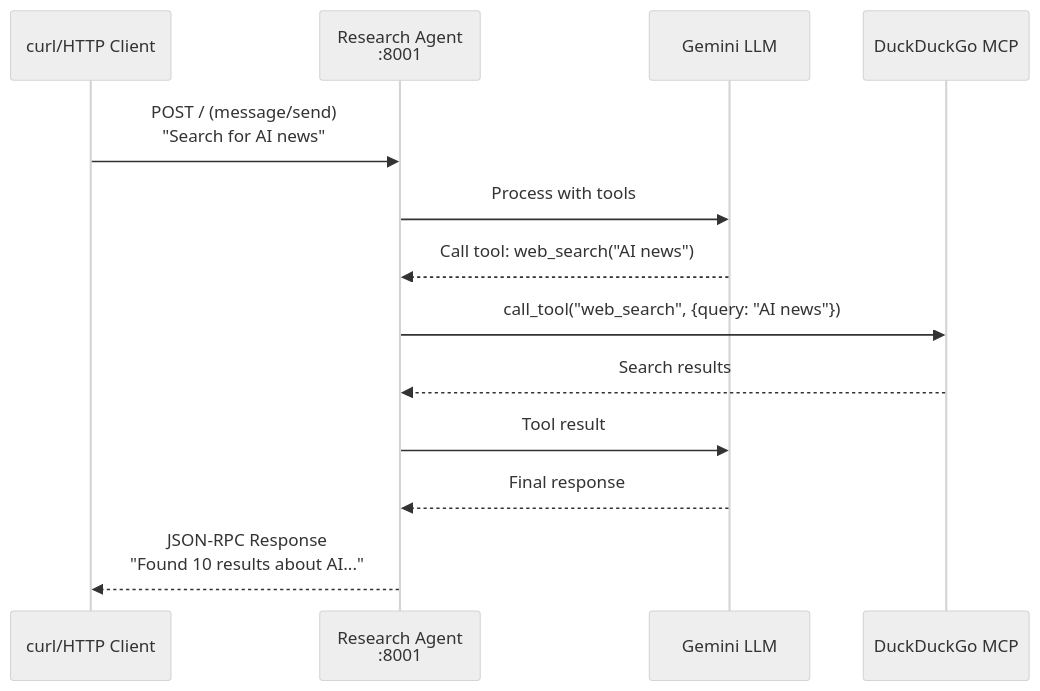
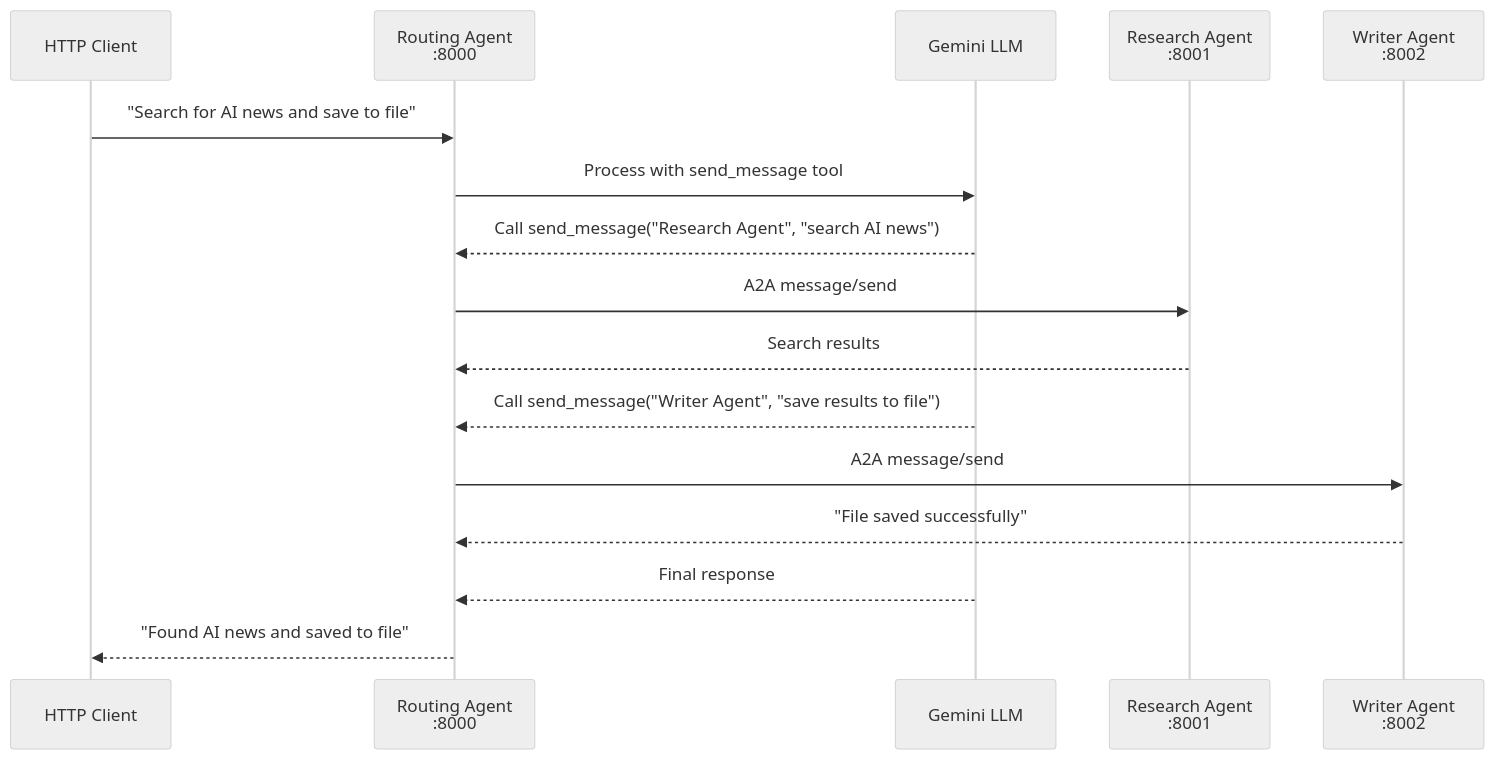
Before and after one commit to vidya-hub/a2a-orchestrator: the second of 2 diagrams in README.md, drawn with Mermaid (neutral theme). The commit also changed other lines of this file and 8 other files, not shown here.

First line of the commit message:
feat: Introduce RoutingAgent for task orchestration among specialized agents

````diff
--- a/README.md
+++ b/README.md
@@ -265,16 +352,24 @@
 ```mermaid
 sequenceDiagram
-    participant Client as curl/HTTP Client
-    participant RA as Research Agent<br/>:8001
+    participant Client as HTTP Client
+    participant RA as Routing Agent<br/>:8000
     participant LLM as Gemini LLM
-    participant DDG as DuckDuckGo MCP
+    participant ResA as Research Agent<br/>:8001
+    participant WA as Writer Agent<br/>:8002
 
-    Client->>RA: POST / (message/send)<br/>"Search for AI news"
-    RA->>LLM: Process with tools
-    LLM-->>RA: Call tool: web_search("AI news")
-    RA->>DDG: call_tool("web_search", {query: "AI news"})
-    DDG-->>RA: Search results
-    RA->>LLM: Tool result
+    Client->>RA: "Search for AI news and save to file"
+    
+    RA->>LLM: Process with send_message tool
+    LLM-->>RA: Call send_message("Research Agent", "search AI news")
+    
+    RA->>ResA: A2A message/send
+    ResA-->>RA: Search results
+    
+    LLM-->>RA: Call send_message("Writer Agent", "save results to file")
+    
+    RA->>WA: A2A message/send
+    WA-->>RA: "File saved successfully"
+    
     LLM-->>RA: Final response
-    RA-->>Client: JSON-RPC Response<br/>"Found 10 results about AI..."
+    RA-->>Client: "Found AI news and saved to file"
 ```
````
